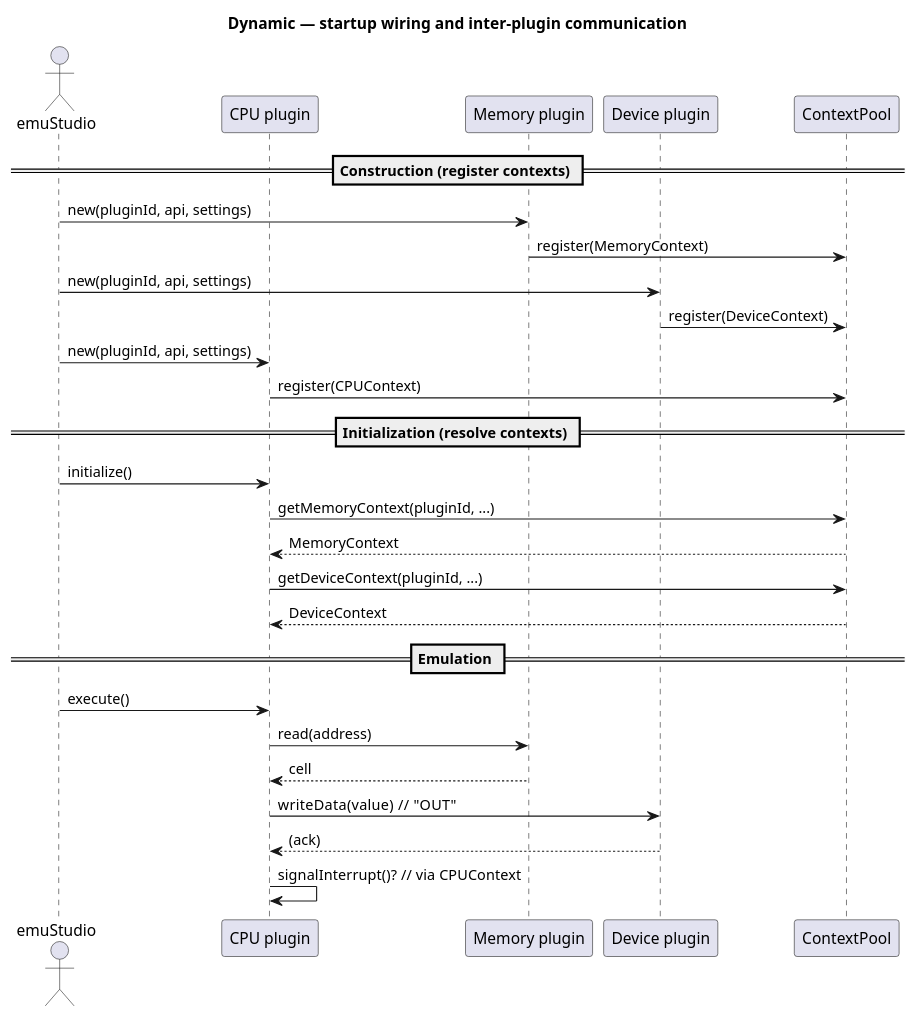
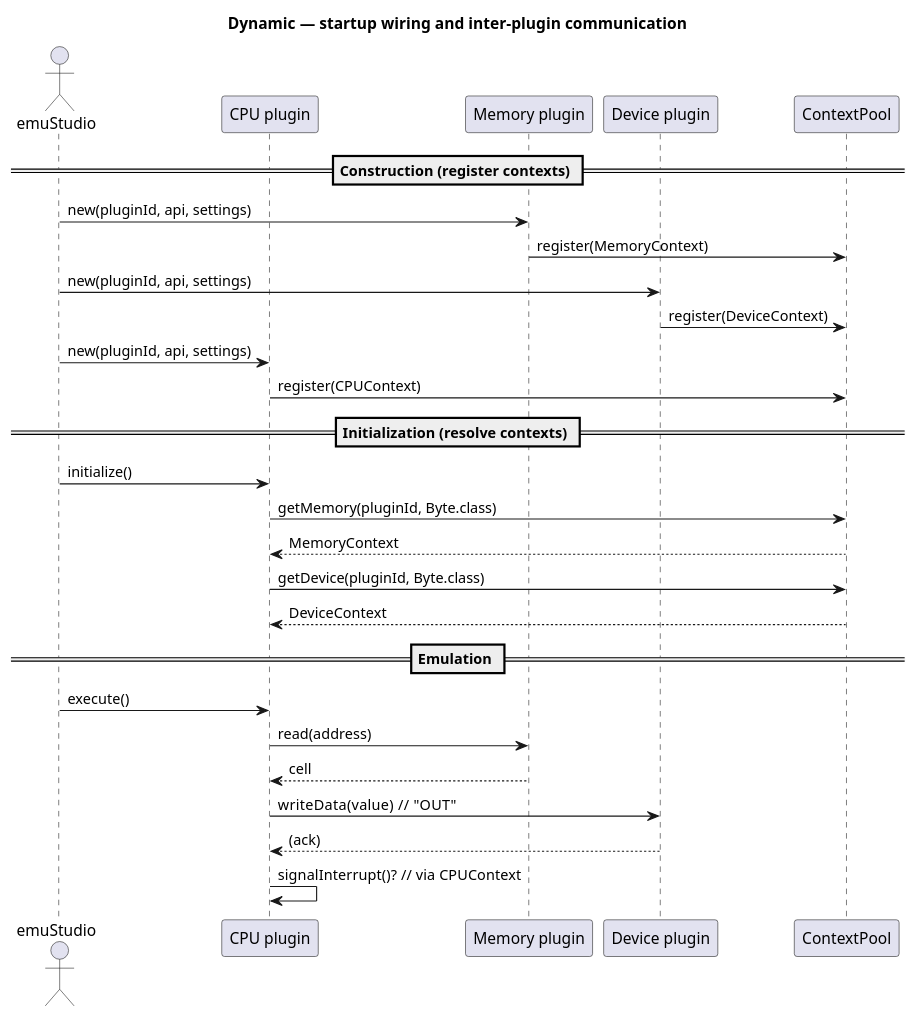
The sixth of 6 diagrams in docs/architecture.adoc (emustudio/emuLib), drawn with PlantUML before and after one commit. The commit also changed other lines of this file and 101 other files, not shown here.

```diff
--- a/docs/architecture.adoc
+++ b/docs/architecture.adoc
@@ -411,35 +406,35 @@
 [plantuml,c4-l4-dynamic,svg]
 ....
 @startuml
 title Dynamic — startup wiring and inter-plugin communication
 
 actor emuStudio
 participant "CPU plugin" as CPU
 participant "Memory plugin" as MEM
 participant "Device plugin" as DEV
 participant "ContextPool" as POOL
 
 == Construction (register contexts) ==
 emuStudio -> MEM : new(pluginId, api, settings)
 MEM -> POOL : register(MemoryContext)
 emuStudio -> DEV : new(pluginId, api, settings)
 DEV -> POOL : register(DeviceContext)
 emuStudio -> CPU : new(pluginId, api, settings)
 CPU -> POOL : register(CPUContext)
 
 == Initialization (resolve contexts) ==
 emuStudio -> CPU : initialize()
-CPU -> POOL : getMemoryContext(pluginId, ...)
+CPU -> POOL : getMemory(pluginId, Byte.class)
 POOL --> CPU : MemoryContext
-CPU -> POOL : getDeviceContext(pluginId, ...)
+CPU -> POOL : getDevice(pluginId, Byte.class)
 POOL --> CPU : DeviceContext
 
 == Emulation ==
 emuStudio -> CPU : execute()
 CPU -> MEM : read(address)
 MEM --> CPU : cell
 CPU -> DEV : writeData(value)   // "OUT"
 DEV --> CPU : (ack)
 CPU -> CPU : signalInterrupt()?  // via CPUContext
 @enduml
 ....
```
